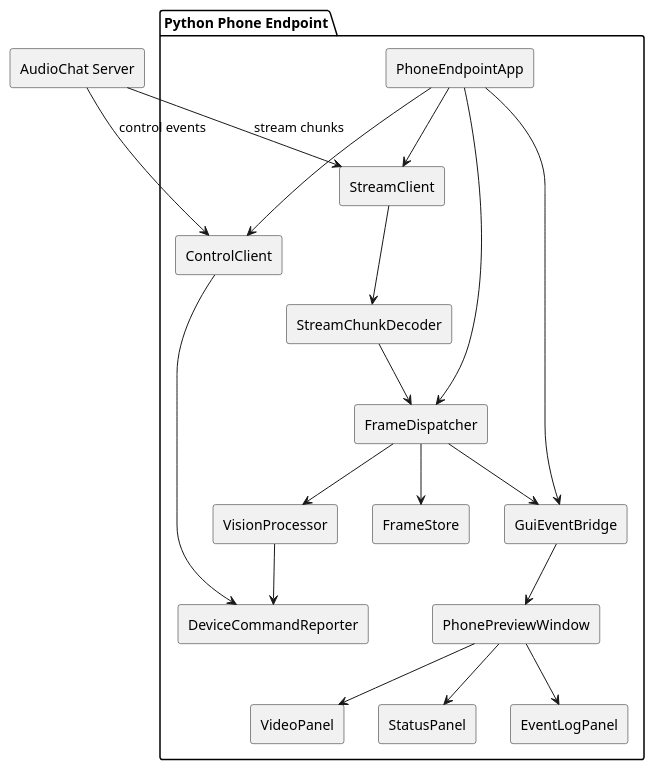
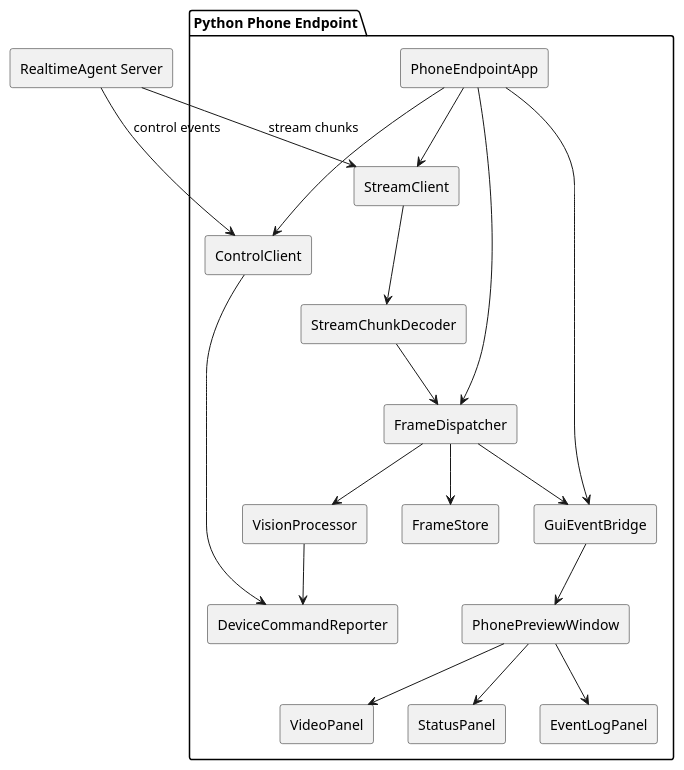
The second of 3 diagrams in examples/dev-support/devices/python-phone/VIDEO_DISPLAY_DESIGN.md (HengeLiu/RealtimeAgent), drawn with PlantUML before and after one commit. The commit also changed other lines of this file and 488 other files, not shown here.

````diff
--- a/examples/dev-support/devices/python-phone/VIDEO_DISPLAY_DESIGN.md
+++ b/examples/dev-support/devices/python-phone/VIDEO_DISPLAY_DESIGN.md
@@ -223,29 +223,29 @@
 ```plantuml
 @startuml
 skinparam componentStyle rectangle
 
 package "Python Phone Endpoint" {
   [PhoneEndpointApp] --> [ControlClient]
   [PhoneEndpointApp] --> [StreamClient]
   [PhoneEndpointApp] --> [FrameDispatcher]
   [PhoneEndpointApp] --> [GuiEventBridge]
 
   [StreamClient] --> [StreamChunkDecoder]
   [StreamChunkDecoder] --> [FrameDispatcher]
 
   [FrameDispatcher] --> [GuiEventBridge]
   [GuiEventBridge] --> [PhonePreviewWindow]
   [PhonePreviewWindow] --> [VideoPanel]
   [PhonePreviewWindow] --> [StatusPanel]
   [PhonePreviewWindow] --> [EventLogPanel]
   [FrameDispatcher] --> [FrameStore]
   [FrameDispatcher] --> [VisionProcessor]
 
   [VisionProcessor] --> [DeviceCommandReporter]
   [ControlClient] --> [DeviceCommandReporter]
 }
 
-[AudioChat Server] --> [ControlClient] : control events
-[AudioChat Server] --> [StreamClient] : stream chunks
+[RealtimeAgent Server] --> [ControlClient] : control events
+[RealtimeAgent Server] --> [StreamClient] : stream chunks
 @enduml
 ```
````
